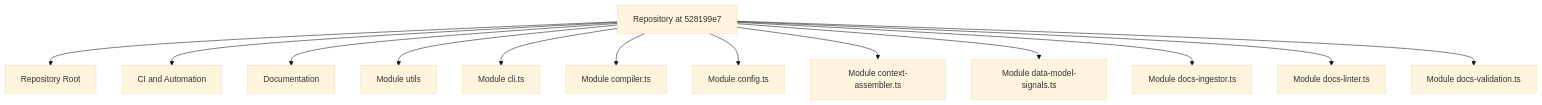
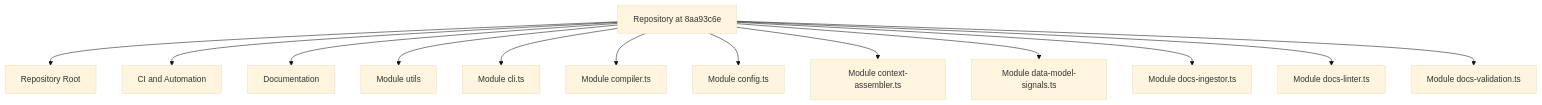
Before and after one commit to mfittko/repo-wiki: the diagram in Architecture.md, drawn with Mermaid (base theme). The commit also changed other lines of this file and 41 other files, not shown here.

````diff
--- a/Architecture.md
+++ b/Architecture.md
@@ -14,16 +14,16 @@
 ```mermaid
 flowchart TD
-  Repo[Repository at 528199e7]
+  Repo[Repository at 8aa93c6e]
   Repo --> M0[Repository Root]
   Repo --> M1[CI and Automation]
   Repo --> M2[Documentation]
   Repo --> M3[Module utils]
   Repo --> M4[Module cli.ts]
   Repo --> M5[Module compiler.ts]
   Repo --> M6[Module config.ts]
   Repo --> M7[Module context-assembler.ts]
   Repo --> M8[Module data-model-signals.ts]
   Repo --> M9[Module docs-ingestor.ts]
   Repo --> M10[Module docs-linter.ts]
   Repo --> M11[Module docs-validation.ts]
 ```
````
